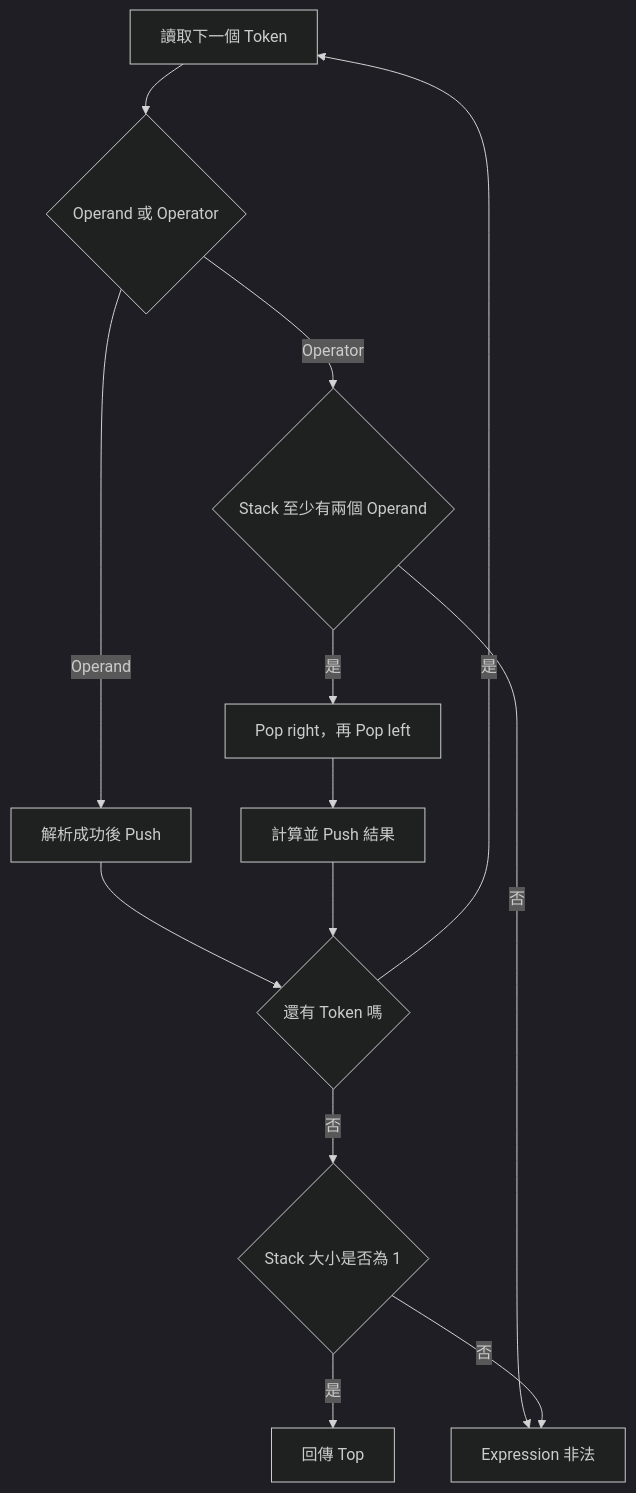
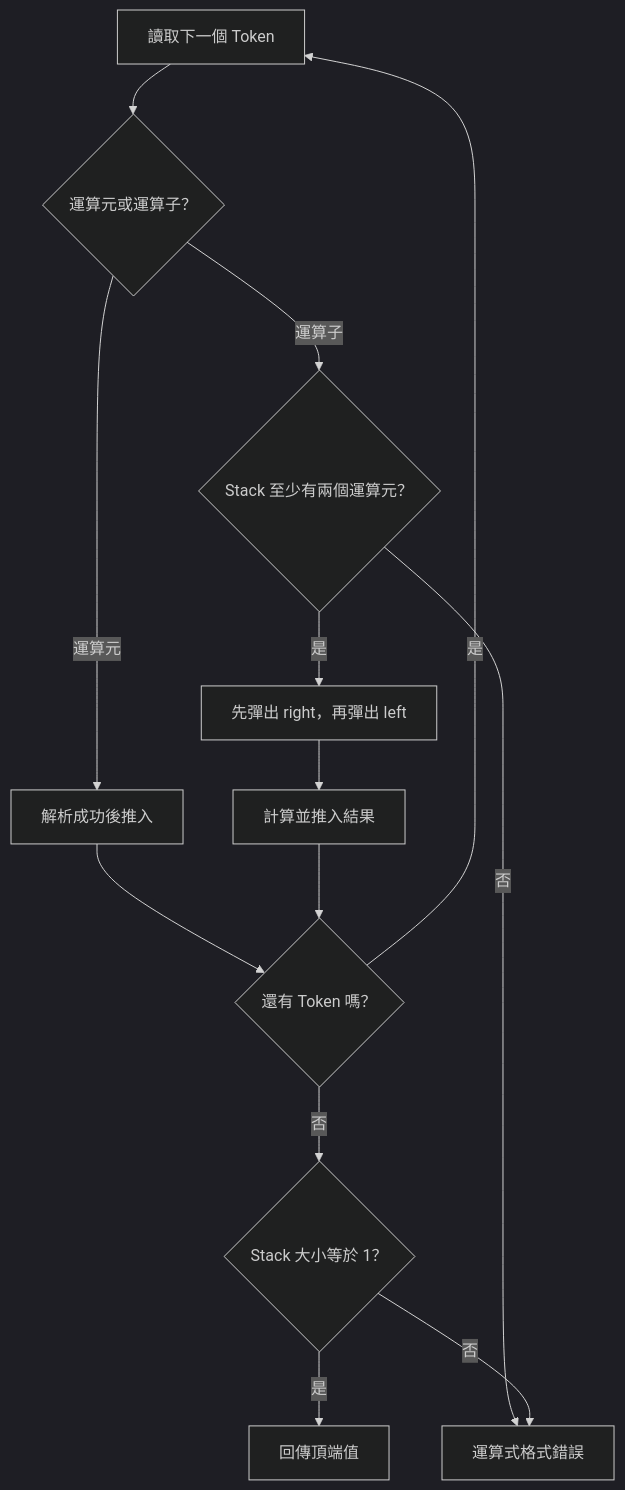
One commit to davidchen0970/algorithm_note changed the ninth of 16 diagrams in 02_data_structures/08_stack.md. Above: the diagram before and after it, drawn with Mermaid (dark theme). The commit also changed other lines of this file and 2 other files, not shown here.

````diff
--- a/02_data_structures/08_stack.md
+++ b/02_data_structures/08_stack.md
@@ -739,15 +764,15 @@
 ```mermaid
 flowchart TD
-    A[讀取下一個 Token] --> B{Operand 或 Operator}
-    B -->|Operand| C[解析成功後 Push]
-    B -->|Operator| D{Stack 至少有兩個 Operand}
-    D -->|否| E[Expression 非法]
-    D -->|是| F[Pop right，再 Pop left]
-    F --> G[計算並 Push 結果]
-    C --> H{還有 Token 嗎}
+    A["讀取下一個 Token"] --> B{"運算元或運算子？"}
+    B -->|運算元| C["解析成功後推入"]
+    B -->|運算子| D{"Stack 至少有兩個運算元？"}
+    D -->|否| E["運算式格式錯誤"]
+    D -->|是| F["先彈出 right，再彈出 left"]
+    F --> G["計算並推入結果"]
+    C --> H{"還有 Token 嗎？"}
     G --> H
     H -->|是| A
-    H -->|否| I{Stack 大小是否為 1}
-    I -->|是| J[回傳 Top]
+    H -->|否| I{"Stack 大小等於 1？"}
+    I -->|是| J["回傳頂端值"]
     I -->|否| E
 ```
````
